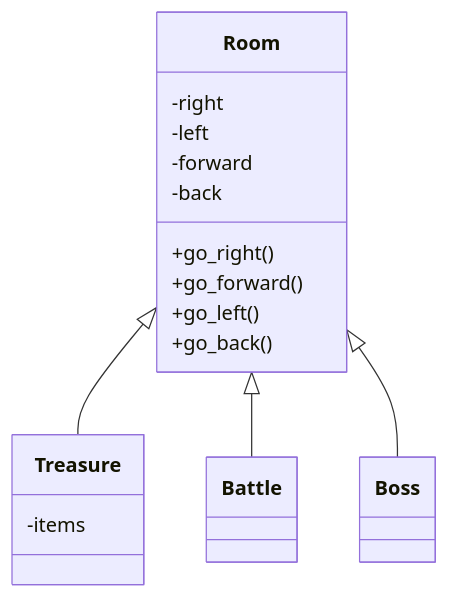
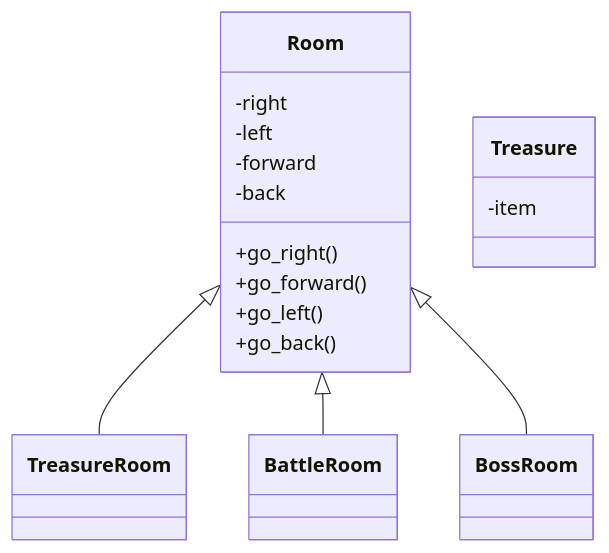
The first of 3 diagrams in README.md (edward-yee-ny/j1-summary-project-private-), drawn with Mermaid before and after one commit. The commit also changed other lines of this file, not shown here.

````diff
--- a/README.md
+++ b/README.md
@@ -60,15 +60,15 @@
 ```mermaid
 classDiagram
-    Room <|-- Treasure
-    Room <|-- Battle
-    Room <|-- Boss
+    Room <|-- TreasureRoom
+    Room <|-- BattleRoom
+    Room <|-- BossRoom
     Room : -right
     Room : -left
     Room : -forward
     Room : -back
     Room : +go_right()
     Room : +go_forward()
     Room : +go_left()
     Room : +go_back()
-    Treasure : -items
+    Treasure : -item
 ```
````
